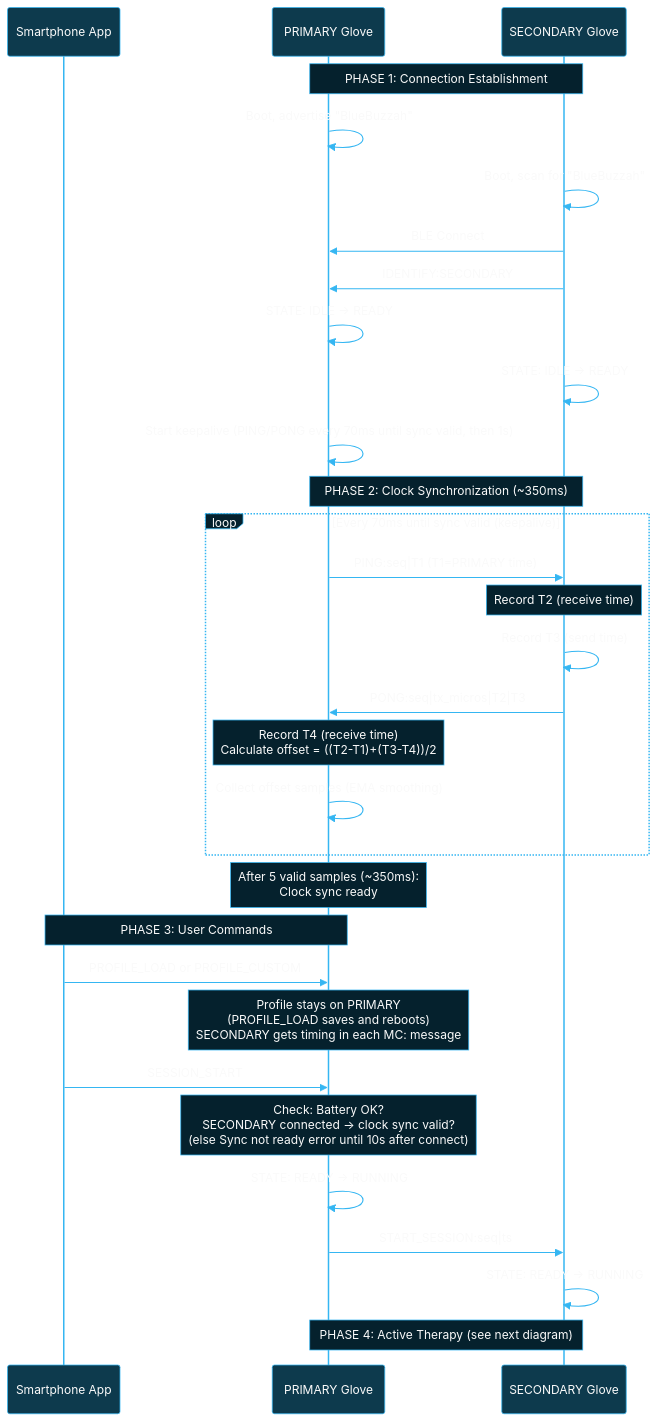
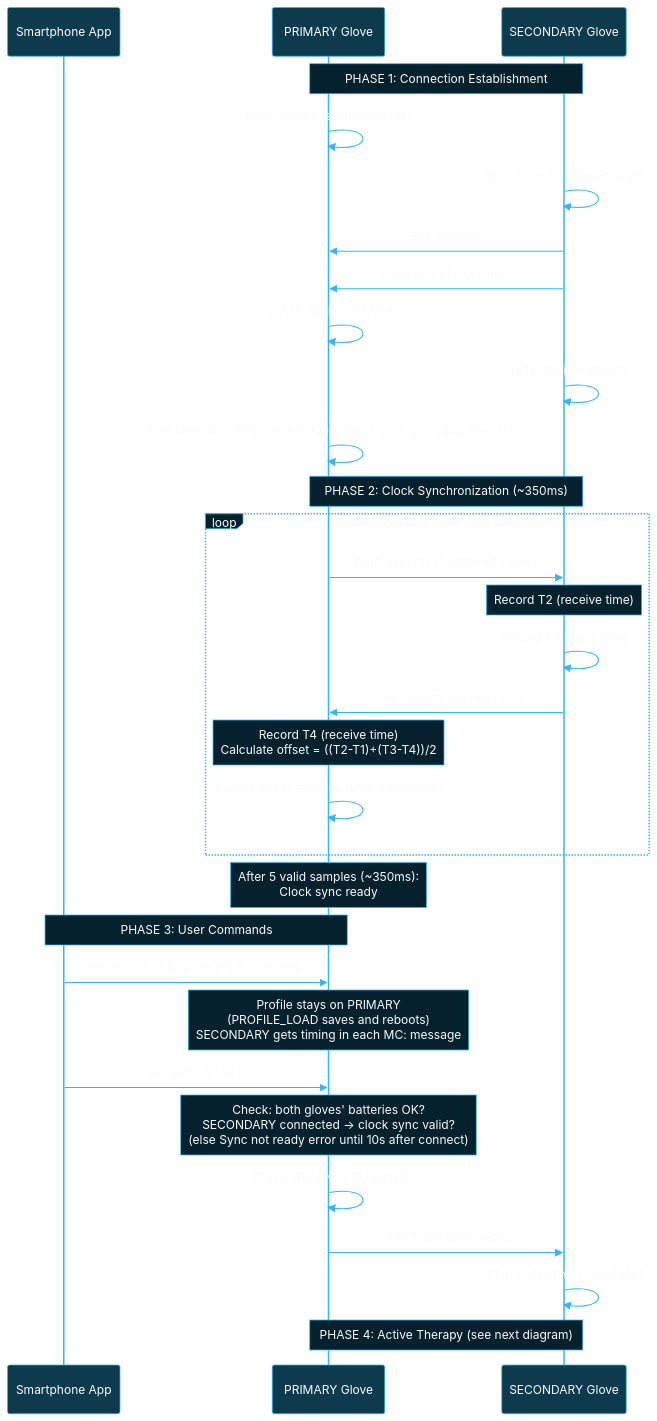
Before and after one commit to BlueBuzzah/BlueBuzzah-Firmware: the second of 11 diagrams in docs/THERAPY_SESSION_FLOW.md, drawn with Mermaid. The commit also changed other lines of this file and 7 other files, not shown here.

````diff
--- a/docs/THERAPY_SESSION_FLOW.md
+++ b/docs/THERAPY_SESSION_FLOW.md
@@ -95,63 +105,63 @@
 ```mermaid
 %%{init: {'theme': 'base', 'themeVariables': {
   'primaryColor': '#0d3a4d',
   'primaryTextColor': '#fafafa',
   'primaryBorderColor': '#35B6F2',
   'lineColor': '#35B6F2',
   'secondaryColor': '#05212D',
   'tertiaryColor': '#0a0a0a',
   'background': '#0a0a0a',
   'actorBkg': '#0d3a4d',
   'actorBorder': '#35B6F2',
   'actorTextColor': '#fafafa',
   'actorLineColor': '#35B6F2',
   'signalColor': '#35B6F2',
   'signalTextColor': '#fafafa',
   'labelBoxBkgColor': '#05212D',
   'labelBoxBorderColor': '#35B6F2',
   'labelTextColor': '#fafafa',
   'loopTextColor': '#fafafa',
   'noteBkgColor': '#05212D',
   'noteBorderColor': '#35B6F2',
   'noteTextColor': '#fafafa',
   'activationBkgColor': '#0d3a4d',
   'activationBorderColor': '#35B6F2',
   'sequenceNumberColor': '#fafafa'
 }}}%%
 sequenceDiagram
     participant APP as Smartphone App
     participant P as PRIMARY Glove
     participant S as SECONDARY Glove
 
     Note over P,S: PHASE 1: Connection Establishment
     P->>P: Boot, advertise "BlueBuzzah"
     S->>S: Boot, scan for "BlueBuzzah"
     S->>P: BLE Connect
     S->>P: IDENTIFY:SECONDARY
     P->>P: STATE: IDLE → READY
     S->>S: STATE: IDLE → READY
     P->>P: Start keepalive (PING/PONG every 70ms until sync valid, then 1s)
 
     Note over P,S: PHASE 2: Clock Synchronization (~350ms)
     loop Every 70ms until sync valid (keepalive)
         P->>S: PING:seq|T1 (T1=PRIMARY time)
         Note over S: Record T2 (receive time)
         S->>S: Record T3 (send time)
         S->>P: PONG:seq|tx_micros|T2|T3
         Note over P: Record T4 (receive time)<br/>Calculate offset = ((T2-T1)+(T3-T4))/2
         P->>P: Collect offset samples (EMA smoothing)
     end
     Note over P: After 5 valid samples (~350ms):<br/>Clock sync ready
 
     Note over APP,P: PHASE 3: User Commands
     APP->>P: PROFILE_LOAD or PROFILE_CUSTOM
     Note over P: Profile stays on PRIMARY<br/>(PROFILE_LOAD saves and reboots)<br/>SECONDARY gets timing in each MC: message
 
     APP->>P: SESSION_START
-    Note over P: Check: Battery OK?<br/>SECONDARY connected → clock sync valid?<br/>(else Sync not ready error until 10s after connect)
+    Note over P: Check: both gloves' batteries OK?<br/>SECONDARY connected → clock sync valid?<br/>(else Sync not ready error until 10s after connect)
     P->>P: STATE: READY → RUNNING
     P->>S: START_SESSION:seq|ts
     S->>S: STATE: READY → RUNNING
 
     Note over P,S: PHASE 4: Active Therapy (see next diagram)
 ```
````
